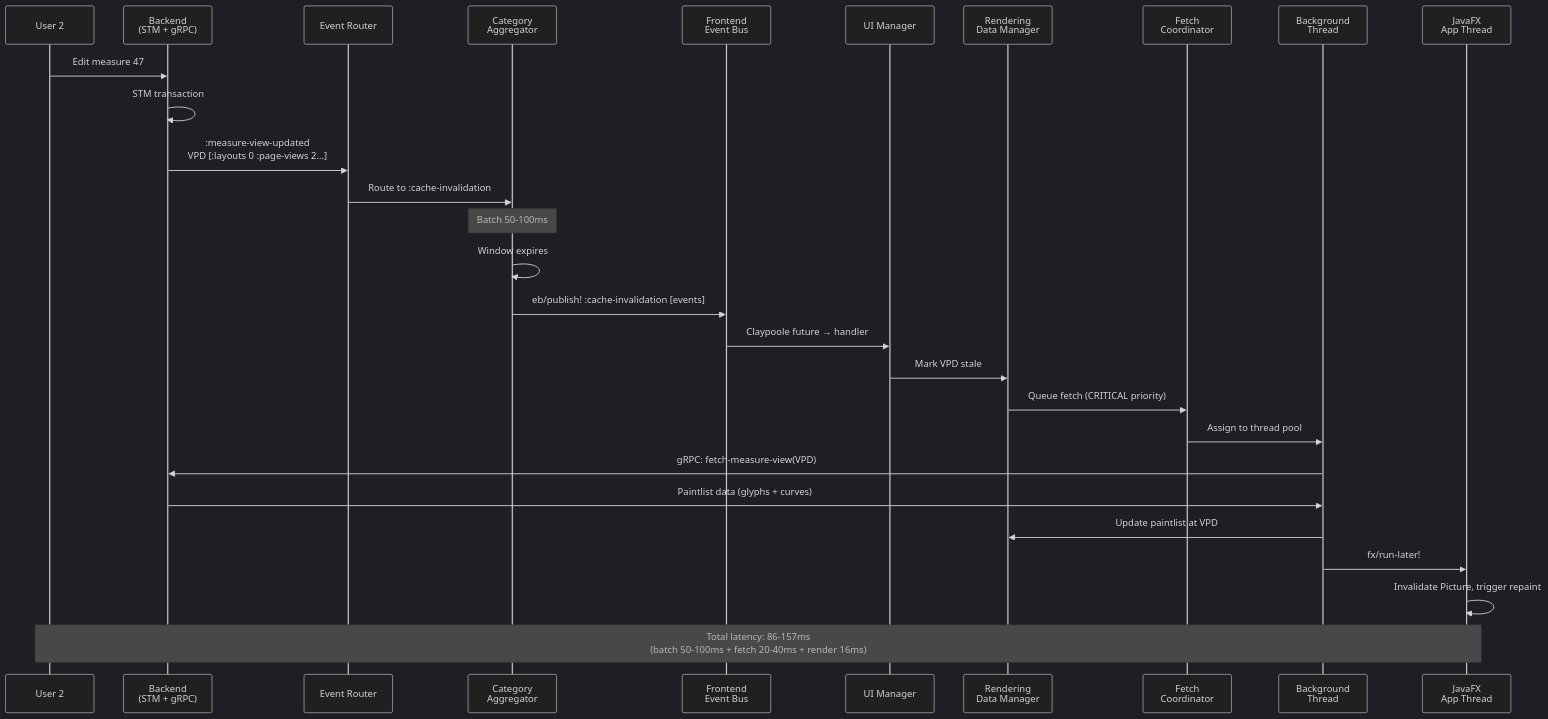
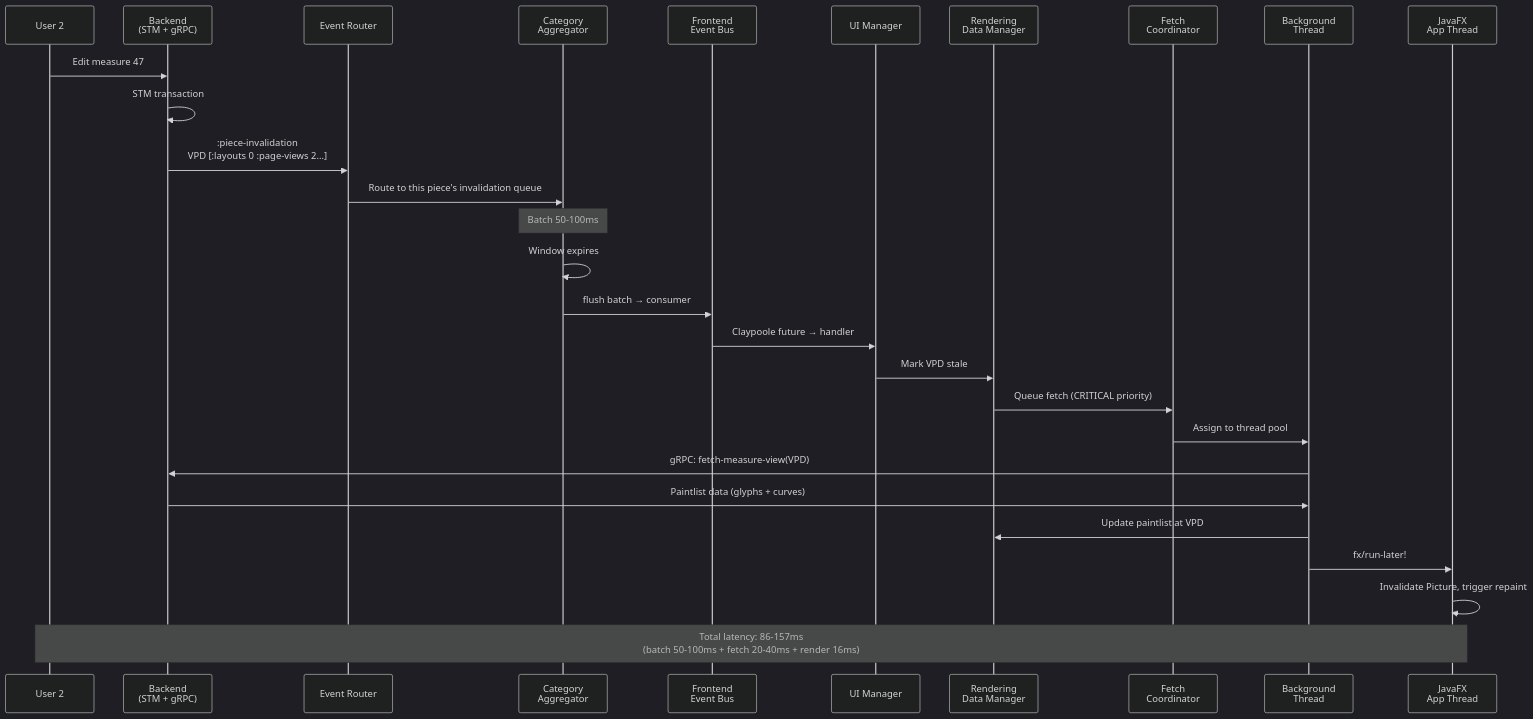
Before and after one commit to PeterBengtson/Ooloi-docs: the third of 6 diagrams in ADRs/0031-Frontend-Event-Driven-Architecture.md, drawn with Mermaid (dark theme). The commit also changed other lines of this file and 7 other files, not shown here.

````diff
--- a/ADRs/0031-Frontend-Event-Driven-Architecture.md
+++ b/ADRs/0031-Frontend-Event-Driven-Architecture.md
@@ -426,32 +482,32 @@
 ```mermaid
 sequenceDiagram
     participant U2 as User 2
     participant BE as Backend<br/>(STM + gRPC)
     participant ER as Event Router
     participant CA as Category<br/>Aggregator
     participant BUS as Frontend<br/>Event Bus
     participant UM as UI Manager
     participant RDM as Rendering<br/>Data Manager
     participant FC as Fetch<br/>Coordinator
     participant BG as Background<br/>Thread
     participant JAT as JavaFX<br/>App Thread
 
     U2->>BE: Edit measure 47
     BE->>BE: STM transaction
-    BE->>ER: :measure-view-updated<br/>VPD [:layouts 0 :page-views 2...]
-    ER->>CA: Route to :cache-invalidation
+    BE->>ER: :piece-invalidation<br/>VPD [:layouts 0 :page-views 2...]
+    ER->>CA: Route to this piece's invalidation queue
     Note over CA: Batch 50-100ms
     CA->>CA: Window expires
-    CA->>BUS: eb/publish! :cache-invalidation [events]
+    CA->>BUS: flush batch → consumer
     BUS->>UM: Claypoole future → handler
     UM->>RDM: Mark VPD stale
     RDM->>FC: Queue fetch (CRITICAL priority)
     FC->>BG: Assign to thread pool
     BG->>BE: gRPC: fetch-measure-view(VPD)
     BE->>BG: Paintlist data (glyphs + curves)
     BG->>RDM: Update paintlist at VPD
     BG->>JAT: fx/run-later!
     JAT->>JAT: Invalidate Picture, trigger repaint
 
     Note over U2,JAT: Total latency: 86-157ms<br/>(batch 50-100ms + fetch 20-40ms + render 16ms)
 ```
````
